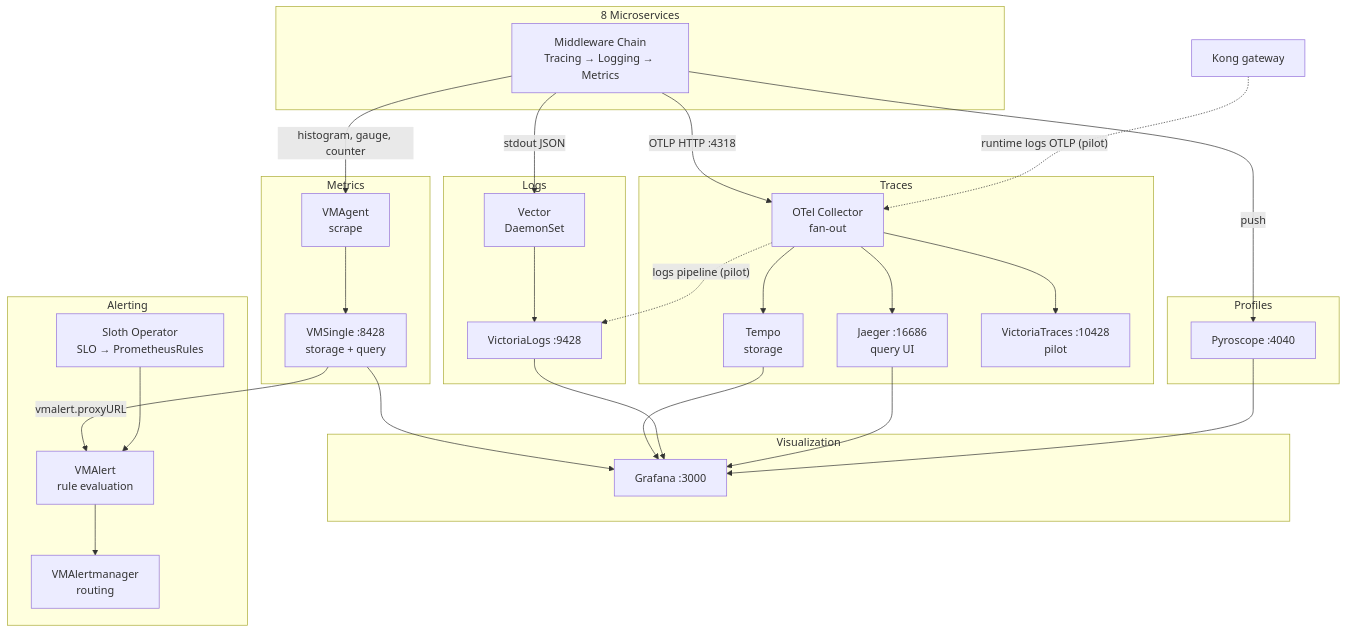
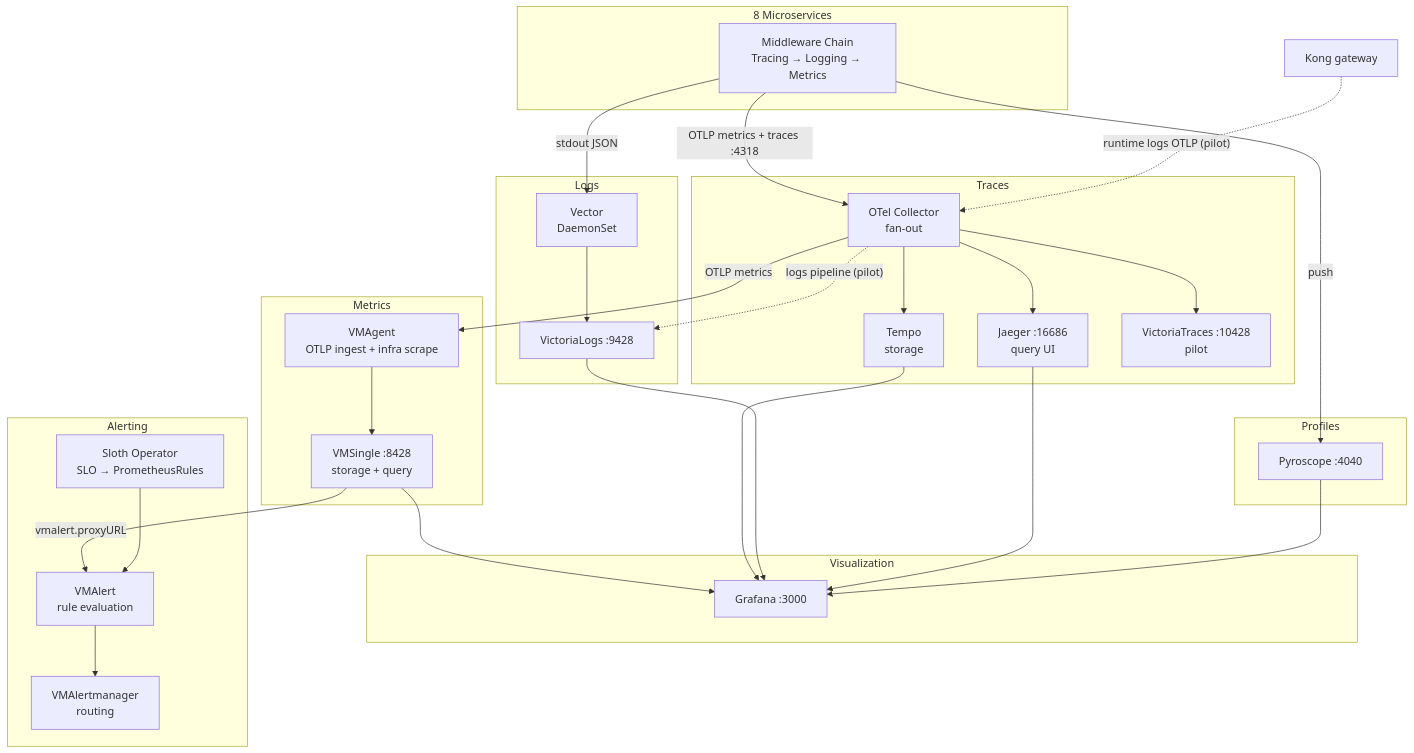
One commit to duynhlab/homelab changed the first of 5 diagrams in docs/observability/README.md. Above: the diagram before and after it, drawn with Mermaid. The commit also changed other lines of this file and 24 other files, not shown here.

````diff
--- a/docs/observability/README.md
+++ b/docs/observability/README.md
@@ -7,60 +7,60 @@
 ```mermaid
 flowchart TD
     subgraph services [8 Microservices]
         MW["Middleware Chain<br/>Tracing → Logging → Metrics"]
     end
 
     subgraph pillar1 [Metrics]
-        VMAgent["VMAgent<br/>scrape"]
+        VMAgent["VMAgent<br/>OTLP ingest + infra scrape"]
         VMSingle["VMSingle :8428<br/>storage + query"]
     end
 
     subgraph pillar2 [Traces]
         OTel["OTel Collector<br/>fan-out"]
         Tempo["Tempo<br/>storage"]
         Jaeger["Jaeger :16686<br/>query UI"]
         VictoriaTraces["VictoriaTraces :10428<br/>pilot"]
     end
 
     subgraph pillar3 [Logs]
         Vector["Vector<br/>DaemonSet"]
         VLogs["VictoriaLogs :9428"]
     end
 
     subgraph pillar4 [Profiles]
         Pyroscope["Pyroscope :4040"]
     end
 
     subgraph viz [Visualization]
         Grafana["Grafana :3000"]
     end
 
     subgraph alert [Alerting]
         VMAlert["VMAlert<br/>rule evaluation"]
         VMAlertmanager["VMAlertmanager<br/>routing"]
         Sloth["Sloth Operator<br/>SLO → PrometheusRules"]
     end
 
-    MW -->|"histogram, gauge, counter"| VMAgent
-    MW -->|"OTLP HTTP :4318"| OTel
+    MW -->|"OTLP metrics + traces :4318"| OTel
+    OTel -->|"OTLP metrics"| VMAgent
     MW -->|"stdout JSON"| Vector
     MW -->|"push"| Pyroscope
 
     VMAgent --> VMSingle
     OTel --> Tempo
     OTel --> Jaeger
     OTel --> VictoriaTraces
     Vector --> VLogs
     Kong["Kong gateway"] -.->|"runtime logs OTLP (pilot)"| OTel
     OTel -.->|"logs pipeline (pilot)"| VLogs
 
     VMSingle --> Grafana
     Tempo --> Grafana
     VLogs --> Grafana
     Jaeger --> Grafana
     Pyroscope --> Grafana
 
     VMSingle -->|"vmalert.proxyURL"| VMAlert
     VMAlert --> VMAlertmanager
     Sloth --> VMAlert
 ```
````
